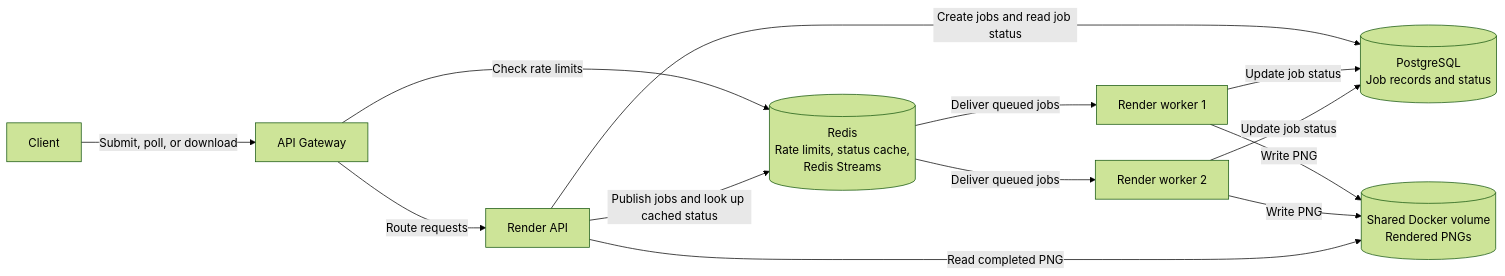
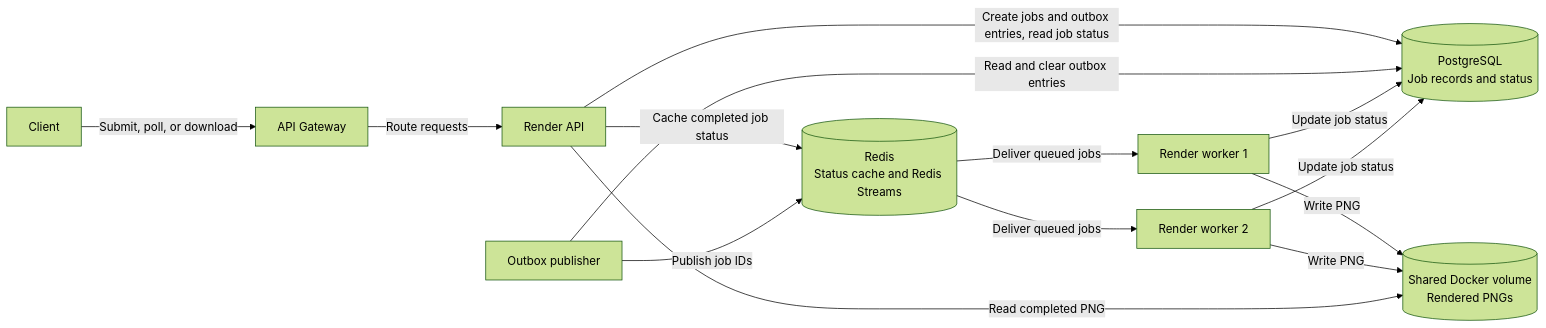
One commit to Brainstorm0/distributed-image-rendering-farm changed the third of 3 diagrams in docs/architecture.md. Above: the diagram before and after it, drawn with Mermaid (forest theme). The commit also changed other lines of this file and 14 other files, not shown here.

````diff
--- a/docs/architecture.md
+++ b/docs/architecture.md
@@ -106,24 +104,26 @@
 ```mermaid
 flowchart LR
     Client["Client"]
     Gateway["API Gateway"]
     API["Render API"]
     DB[("PostgreSQL<br/>Job records and status")]
-    Redis[("Redis<br/>Rate limits, status cache,<br/>Redis Streams")]
+    Redis[("Redis<br/>Status cache and Redis Streams")]
+    Publisher["Outbox publisher"]
     W1["Render worker 1"]
     W2["Render worker 2"]
     Volume[("Shared Docker volume<br/>Rendered PNGs")]
 
     Client -->|"Submit, poll, or download"| Gateway
-    Gateway -->|"Check rate limits"| Redis
     Gateway -->|"Route requests"| API
-    API -->|"Create jobs and read job status"| DB
-    API -->|"Publish jobs and look up cached status"| Redis
+    API -->|"Create jobs and outbox entries, read job status"| DB
+    API -->|"Cache completed job status"| Redis
+    Publisher -->|"Read and clear outbox entries"| DB
+    Publisher -->|"Publish job IDs"| Redis
     Redis -->|"Deliver queued jobs"| W1
     Redis -->|"Deliver queued jobs"| W2
     W1 -->|"Update job status"| DB
     W2 -->|"Update job status"| DB
     W1 -->|"Write PNG"| Volume
     W2 -->|"Write PNG"| Volume
     API -->|"Read completed PNG"| Volume
 ```
````
